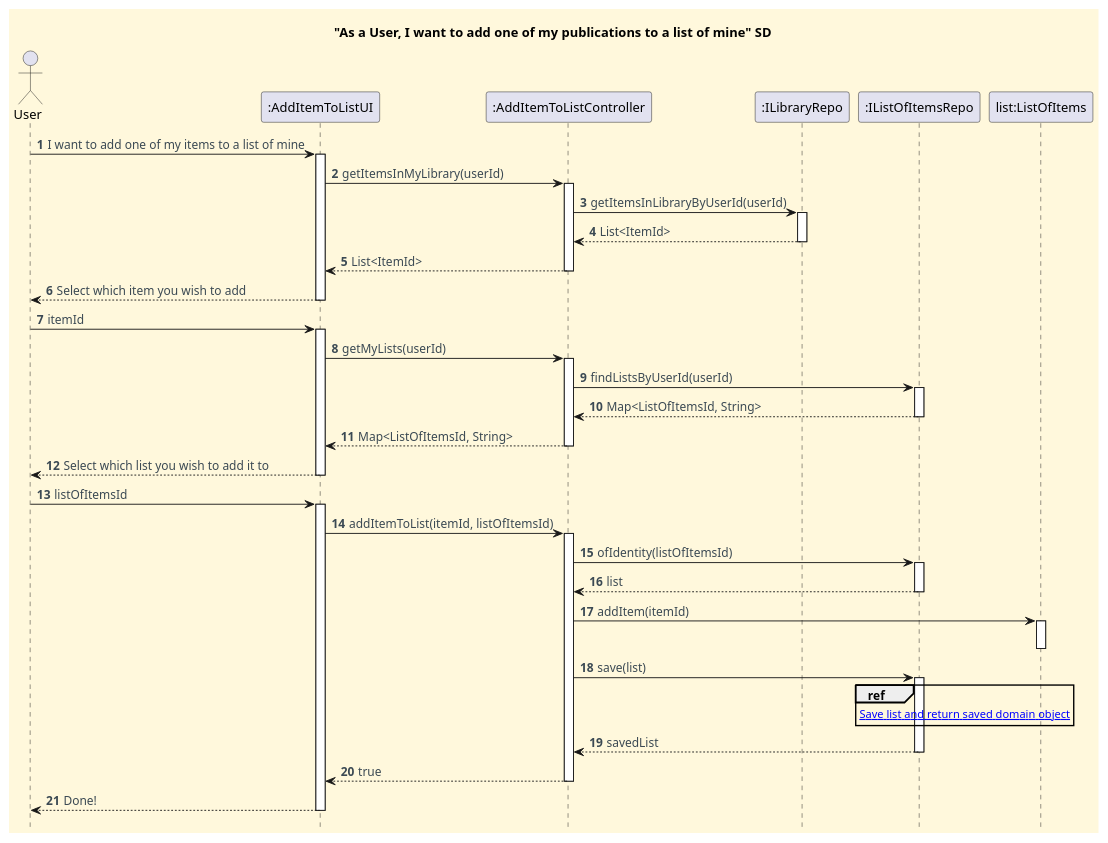
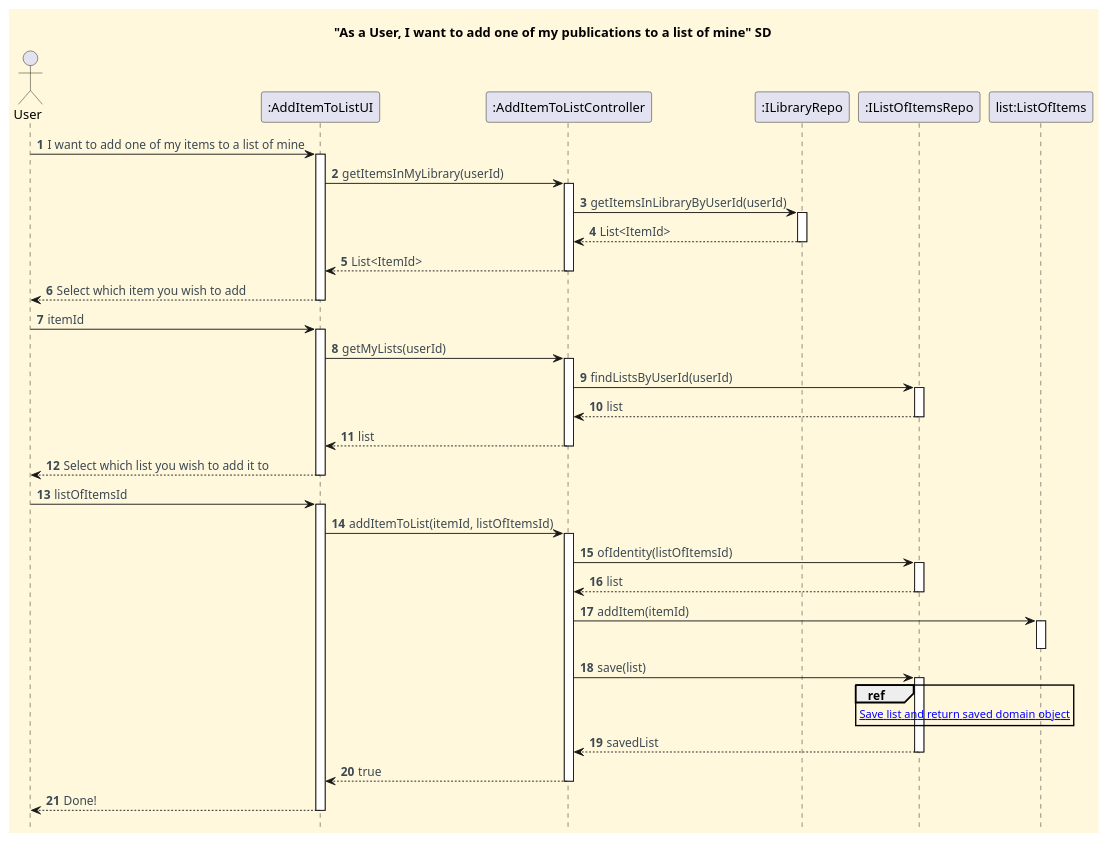
One commit to CarolinaLeite-collab/JavaMarketplacePlatform changed the diagram in docs/functionalities/user/add-my-publication-to-my-list/Add_My_Publication_To_My_List_SD.puml. Above: the diagram before and after it, drawn with PlantUML. The commit also changed 5 other files, not shown here.

Commit message:
Updated Diagrams to meet team standards, refs: #716

```diff
--- a/docs/functionalities/user/add-my-publication-to-my-list/Add_My_Publication_To_My_List_SD.puml
+++ b/docs/functionalities/user/add-my-publication-to-my-list/Add_My_Publication_To_My_List_SD.puml
@@ -1,82 +1,82 @@
 @startuml
 title "As a User, I want to add one of my publications to a list of mine" SD
 hide footbox
 
 skinparam monochrome false
 skinparam shadowing false
 skinparam defaultFontName Futura
 skinparam objectFontSize 20
 skinparam backgroundColor CornSilk
 skinparam objectBackgroundColor WhiteSmoke
 skinparam noteBackgroundColor #FFFFE0
 skinparam ArrowFontColor #3B4953
 skinparam ActivationBackgroundColor black
 
 autonumber
 autoactivate off
 
 actor "User"
 participant ":AddItemToListUI" as UI
 participant ":AddItemToListController" as Ctl
 participant ":ILibraryRepo" as ILibraryRepo
 participant ":IListOfItemsRepo" as IListRepo
 
 "User" -> UI : I want to add one of my items to a list of mine
 activate UI
 
 UI -> Ctl : getItemsInMyLibrary(userId)
 activate Ctl
 Ctl -> ILibraryRepo : getItemsInLibraryByUserId(userId)
 activate ILibraryRepo
 ILibraryRepo --> Ctl : List<ItemId>
 deactivate ILibraryRepo
 Ctl --> UI : List<ItemId>
 deactivate Ctl
 
 UI --> "User" : Select which item you wish to add
 deactivate UI
 "User" -> UI : itemId
 activate UI
 
 UI -> Ctl : getMyLists(userId)
 activate Ctl
 Ctl -> IListRepo : findListsByUserId(userId)
 activate IListRepo
-IListRepo --> Ctl : Map<ListOfItemsId, String>
+IListRepo --> Ctl : list
 deactivate IListRepo
-Ctl --> UI : Map<ListOfItemsId, String>
+Ctl --> UI : list
 deactivate Ctl
 
 UI --> "User" : Select which list you wish to add it to
 deactivate UI
 "User" -> UI : listOfItemsId
 activate UI
 
 UI -> Ctl : addItemToList(itemId, listOfItemsId)
 activate Ctl
 
 Ctl -> IListRepo : ofIdentity(listOfItemsId)
 activate IListRepo
 IListRepo --> Ctl : list
 deactivate IListRepo
 
 Ctl -> "list:ListOfItems" : addItem(itemId)
 activate "list:ListOfItems"
 deactivate "list:ListOfItems"
 
 Ctl -> IListRepo : save(list)
 
 ref over IListRepo
 [[sd-ref-diagrams/Save_ListOfItems.puml Save list and return saved domain object]]
 end ref
 
 activate IListRepo
 IListRepo --> Ctl : savedList
 deactivate IListRepo
 
 Ctl --> UI : true
 deactivate Ctl
 UI --> "User" : Done!
 deactivate UI
 
 @enduml
```
